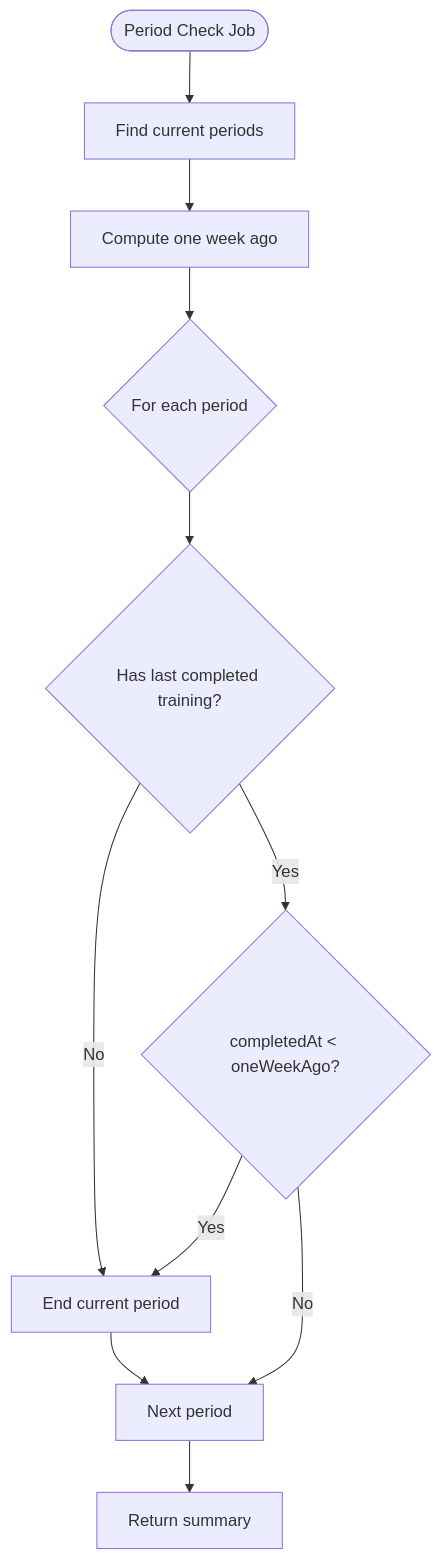
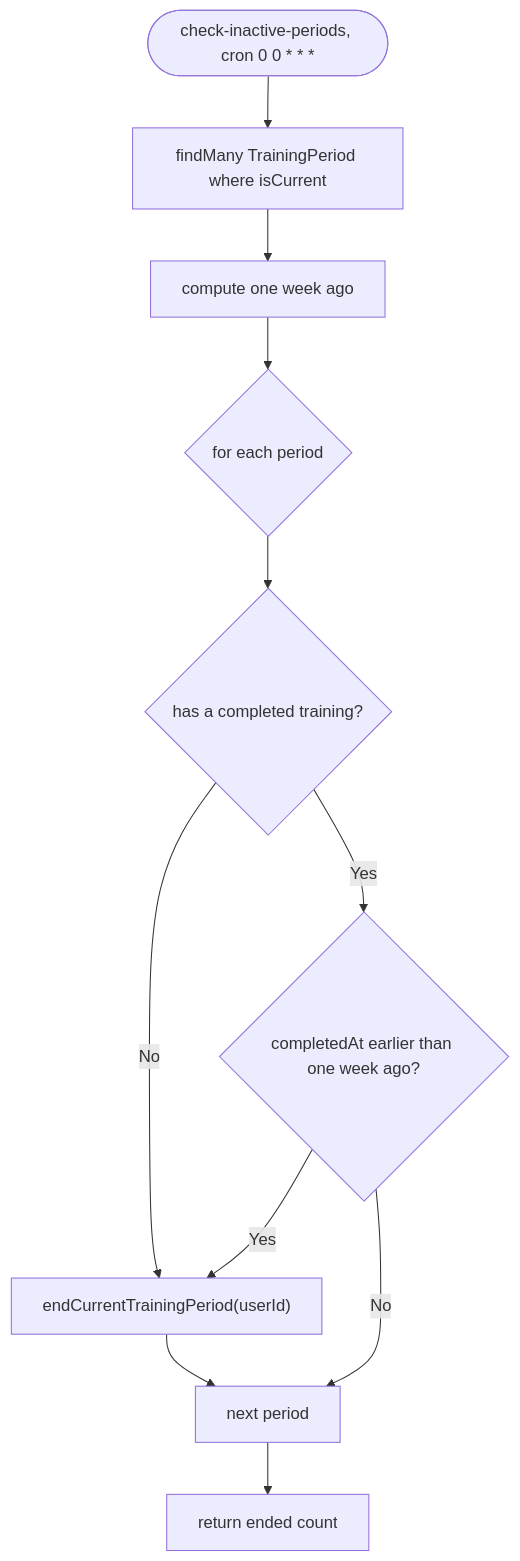
The fourth of 9 diagrams in .qoder/repowiki/en/content/Background Job System.md (Dezzpil/meingym), drawn with Mermaid before and after one commit. The commit also changed other lines of this file and 12 other files, not shown here.

````diff
--- a/.qoder/repowiki/en/content/Background Job System.md
+++ b/.qoder/repowiki/en/content/Background Job System.md
@@ -212,13 +272,13 @@
 ```mermaid
 flowchart TD
-Start(["Period Check Job"]) --> FindCurrent["Find current periods"]
-FindCurrent --> OneWeekAgo["Compute one week ago"]
-OneWeekAgo --> Iterate{"For each period"}
-Iterate --> LastTraining{"Has last completed training?"}
-LastTraining --> |No| EndPeriod["End current period"]
-LastTraining --> |Yes| CompareDate{"completedAt < oneWeekAgo?"}
+Start(["check-inactive-periods, cron 0 0 * * *"]) --> FindCurrent["findMany TrainingPeriod where isCurrent"]
+FindCurrent --> OneWeekAgo["compute one week ago"]
+OneWeekAgo --> Iterate{"for each period"}
+Iterate --> LastTraining{"has a completed training?"}
+LastTraining --> |No| EndPeriod["endCurrentTrainingPeriod(userId)"]
+LastTraining --> |Yes| CompareDate{"completedAt earlier than one week ago?"}
 CompareDate --> |Yes| EndPeriod
-CompareDate --> |No| NextPeriod["Next period"]
+CompareDate --> |No| NextPeriod["next period"]
 EndPeriod --> NextPeriod
-NextPeriod --> Done["Return summary"]
+NextPeriod --> Done["return ended count"]
 ```
````
